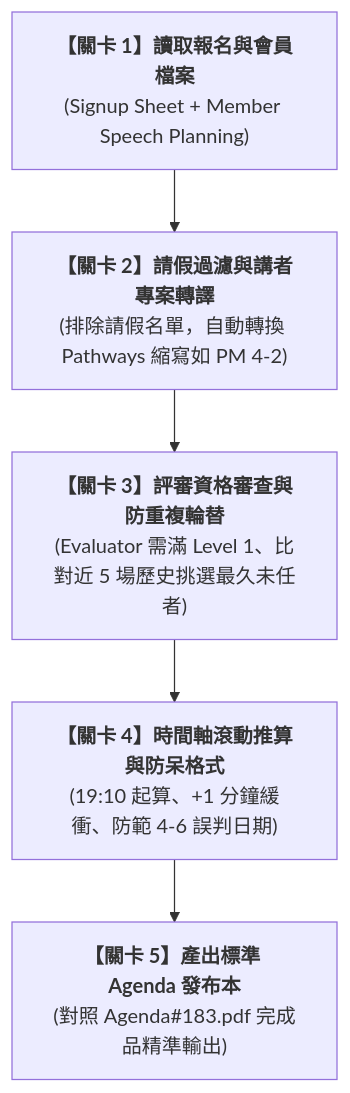
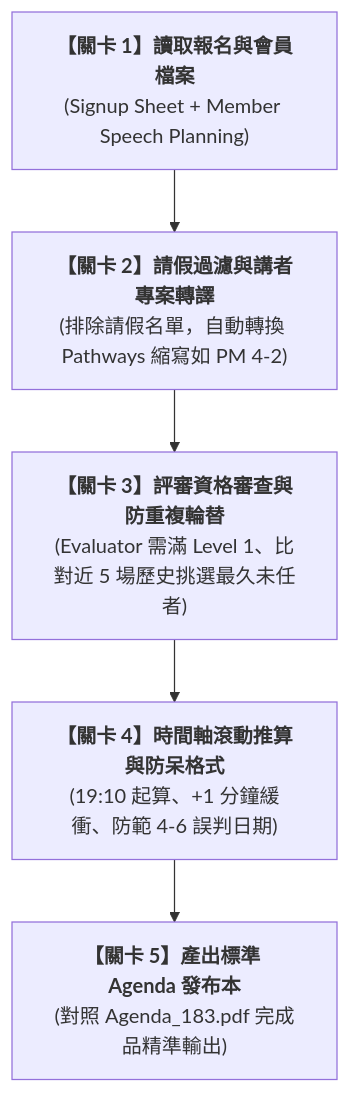
The diagram in 學員職場實戰案例/2026_10_19_Claude_ai_職場效能全攻略/國際演講會例會Agenda排程與角色資格檢核/README.md (roberthsu2003/workflow-productivity), drawn with Mermaid before and after one commit. The commit also changed other lines of this file and 70 other files, not shown here.

````diff
--- a/學員職場實戰案例/2026_10_19_Claude_ai_職場效能全攻略/國際演講會例會Agenda排程與角色資格檢核/README.md
+++ b/學員職場實戰案例/2026_10_19_Claude_ai_職場效能全攻略/國際演講會例會Agenda排程與角色資格檢核/README.md
@@ -41,7 +42,7 @@
 ```mermaid
 flowchart TD
     S1["<b>【關卡 1】讀取報名與會員檔案</b><br/>(Signup Sheet + Member Speech Planning)"] --> S2["<b>【關卡 2】請假過濾與講者專案轉譯</b><br/>(排除請假名單，自動轉換 Pathways 縮寫如 PM 4-2)"]
     S2 --> S3["<b>【關卡 3】評審資格審查與防重複輪替</b><br/>(Evaluator 需滿 Level 1、比對近 5 場歷史挑選最久未任者)"]
     S3 --> S4["<b>【關卡 4】時間軸滾動推算與防呆格式</b><br/>(19:10 起算、+1 分鐘緩衝、防範 4-6 誤判日期)"]
-    S4 --> S5["<b>【關卡 5】產出標準 Agenda 發布本</b><br/>(對照 Agenda#183.pdf 完成品精準輸出)"]
+    S4 --> S5["<b>【關卡 5】產出標準 Agenda 發布本</b><br/>(對照 Agenda_183.pdf 完成品精準輸出)"]
 ```
````
